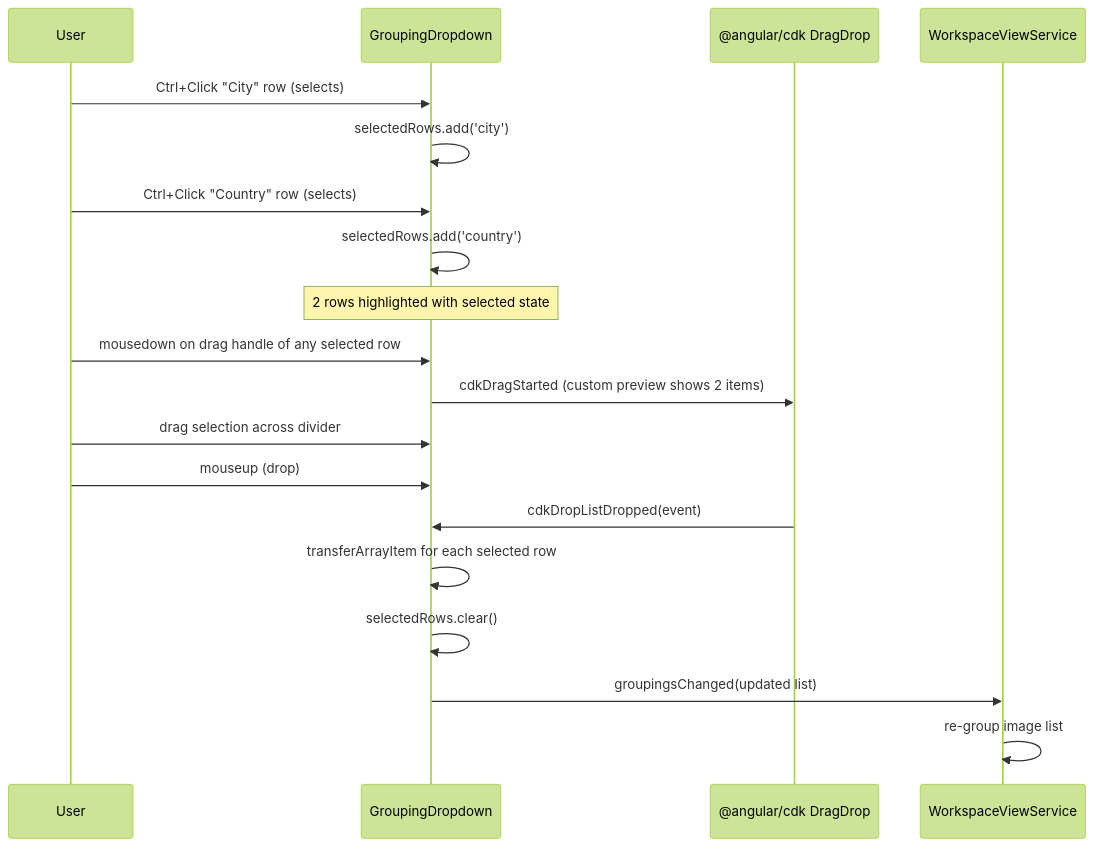
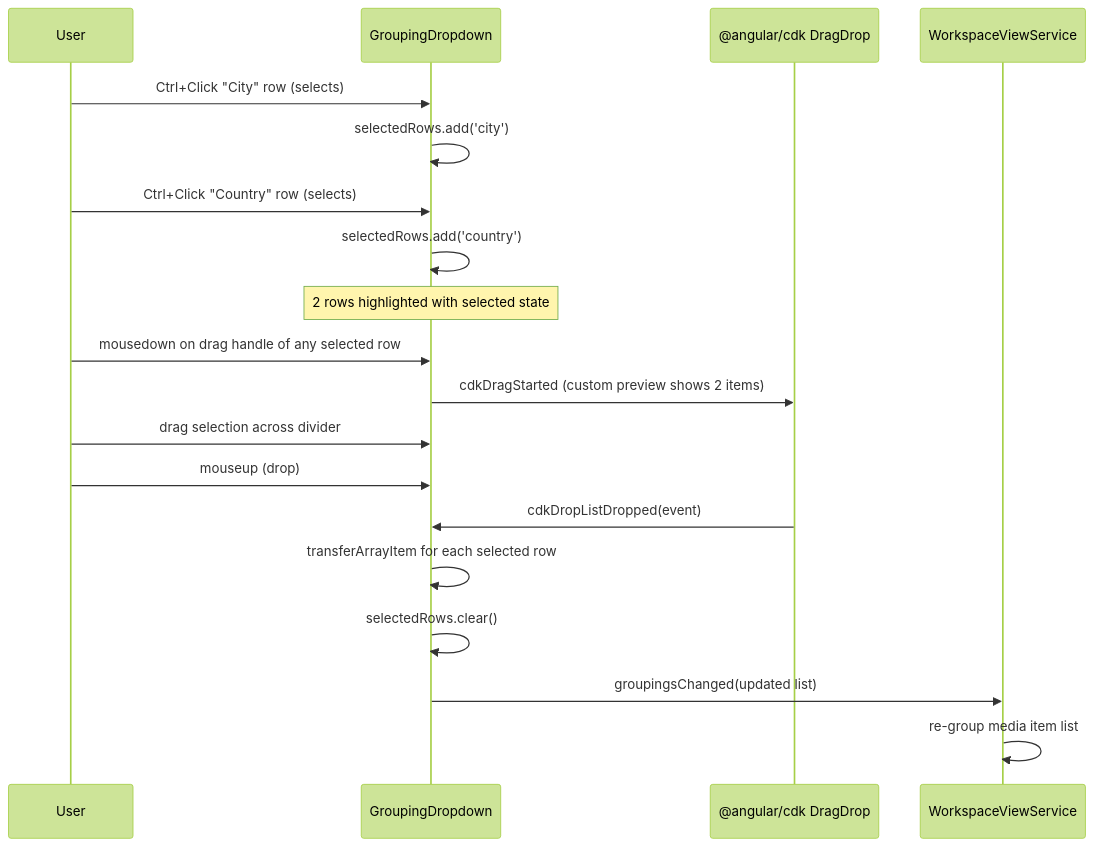
Before and after one commit to matkleve/feldpost: the sixth of 8 diagrams in docs/specs/component/grouping-dropdown.md, drawn with Mermaid (forest theme). The commit also changed other lines of this file and 26 other files, not shown here.

````diff
--- a/docs/specs/component/grouping-dropdown.md
+++ b/docs/specs/component/grouping-dropdown.md
@@ -319,23 +319,23 @@
 ```mermaid
 sequenceDiagram
     participant U as User
     participant DD as GroupingDropdown
     participant CDK as @angular/cdk DragDrop
     participant WVS as WorkspaceViewService
 
     U->>DD: Ctrl+Click "City" row (selects)
     DD->>DD: selectedRows.add('city')
     U->>DD: Ctrl+Click "Country" row (selects)
     DD->>DD: selectedRows.add('country')
     Note over DD: 2 rows highlighted with selected state
 
     U->>DD: mousedown on drag handle of any selected row
     DD->>CDK: cdkDragStarted (custom preview shows 2 items)
     U->>DD: drag selection across divider
     U->>DD: mouseup (drop)
     CDK->>DD: cdkDropListDropped(event)
     DD->>DD: transferArrayItem for each selected row
     DD->>DD: selectedRows.clear()
     DD->>WVS: groupingsChanged(updated list)
-    WVS->>WVS: re-group image list
+    WVS->>WVS: re-group media item list
 ```
````
